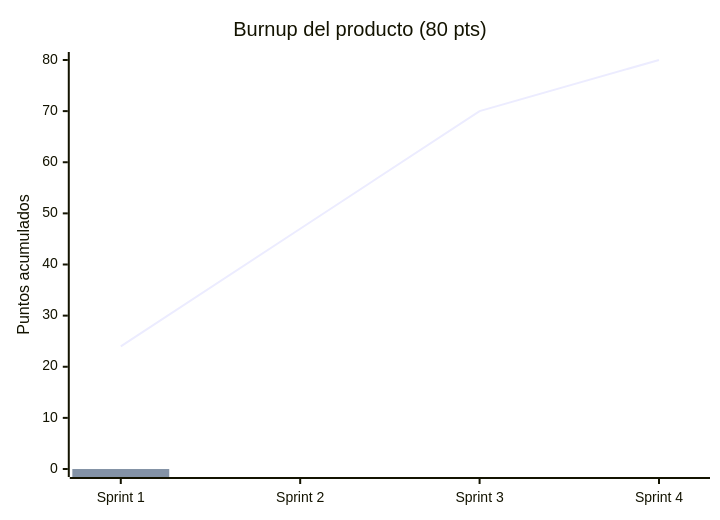
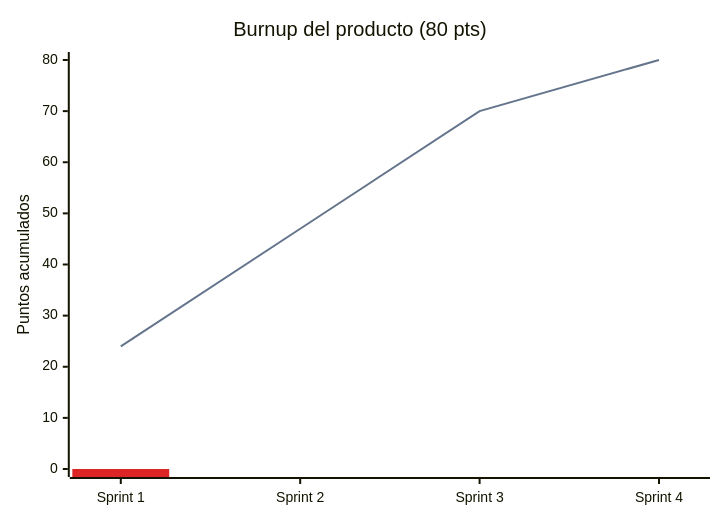
The second of 2 diagrams in docs/scrum/burndown.md (notNorthStar/Abarrotes-), drawn with Mermaid before and after one commit. The commit also changed other lines of this file and 7 other files, not shown here.

First line of the commit message:
docs(diagramas): exporta clases, ER, burndown y burnup a PNG [D-03]

````diff
--- a/docs/scrum/burndown.md
+++ b/docs/scrum/burndown.md
@@ -56,8 +57,9 @@
 ```mermaid
+%%{init: {"themeVariables": {"xyChart": {"plotColorPalette": "#64748b, #dc2626"}}}}%%
 xychart-beta
     title "Burnup del producto (80 pts)"
     x-axis ["Sprint 1", "Sprint 2", "Sprint 3", "Sprint 4"]
     y-axis "Puntos acumulados" 0 --> 80
     line [24, 47, 70, 80]
     bar [0]
 ```
````
